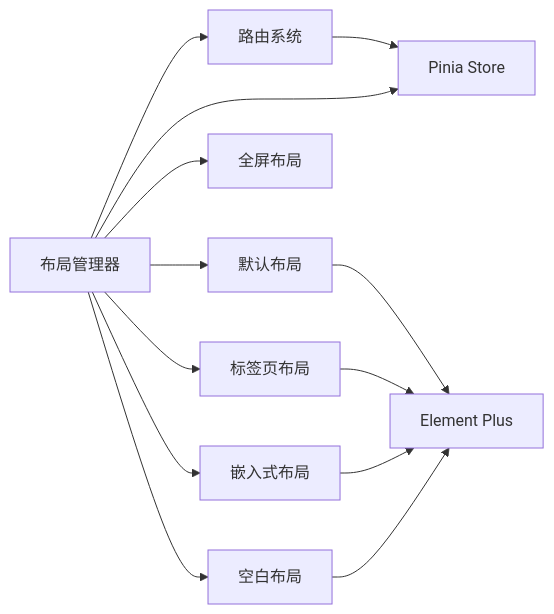
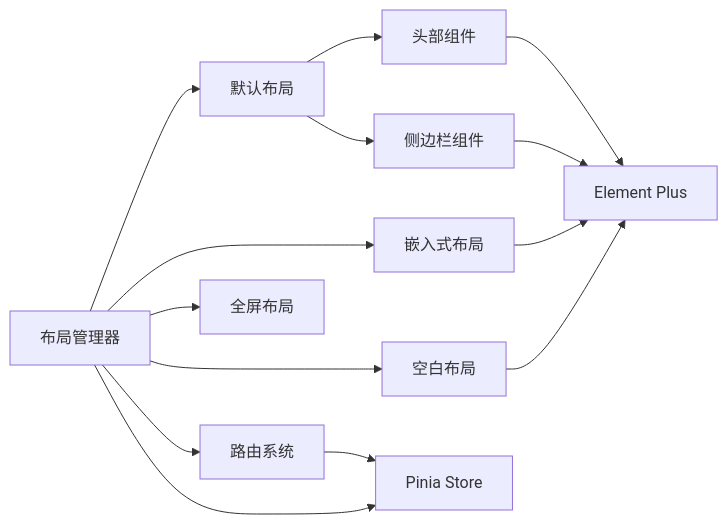
The seventh of 7 diagrams in .qoder/repowiki/zh/content/架构设计/布局架构.md (my-Sitara/artisan-base-frontend), drawn with Mermaid before and after one commit. The commit also changed other lines of this file and 25 other files, not shown here.

````diff
--- a/.qoder/repowiki/zh/content/架构设计/布局架构.md
+++ b/.qoder/repowiki/zh/content/架构设计/布局架构.md
@@ -256,15 +311,16 @@
 ```mermaid
 graph LR
 LM["布局管理器"] --> RT["路由系统"]
 LM --> DL["默认布局"]
 LM --> FL["全屏布局"]
-LM --> TL["标签页布局"]
 LM --> EL["嵌入式布局"]
 LM --> BL["空白布局"]
-DL --> EP["Element Plus"]
-TL --> EP
+DL --> HD["头部组件"]
+DL --> SD["侧边栏组件"]
+HD --> EP["Element Plus"]
+SD --> EP
 EL --> EP
 BL --> EP
 RT --> Store["Pinia Store"]
 LM --> Store
 ```
````
